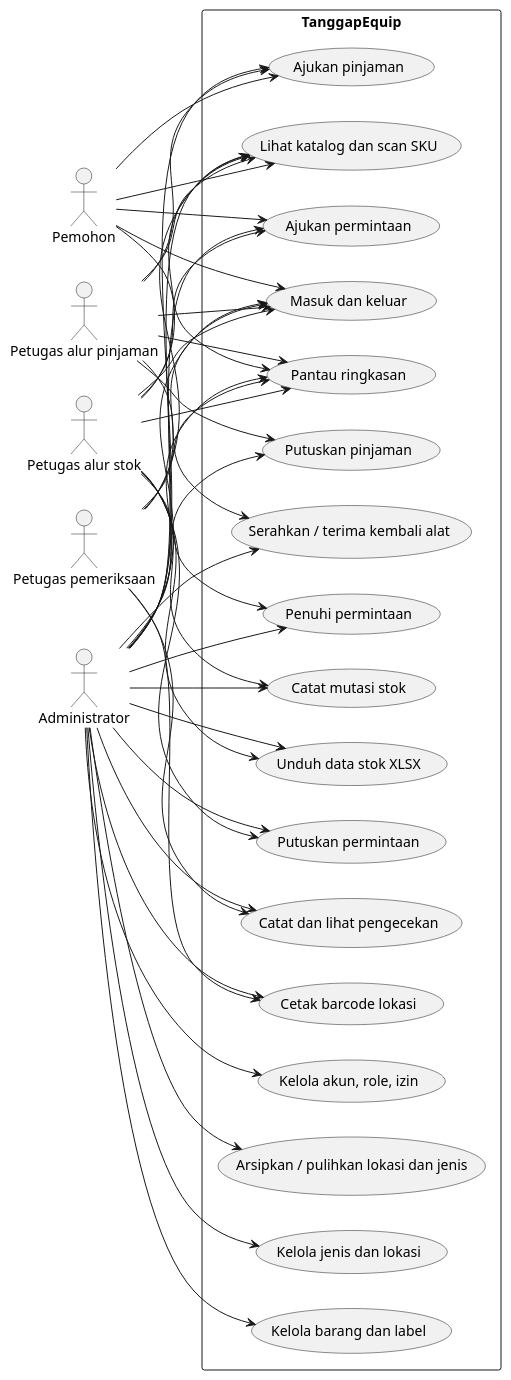
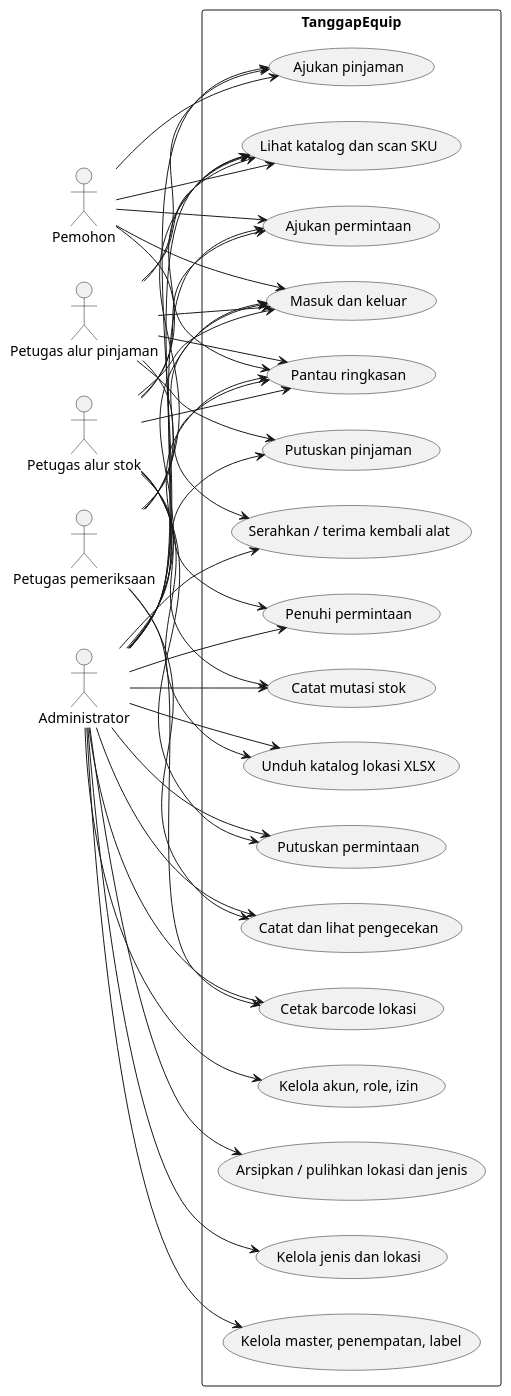
The diagram in docs/uml/USE_CASE.puml (fandychan99/inventory_max), drawn with PlantUML before and after one commit. The commit also changed 37 other files, not shown here.

```diff
--- a/docs/uml/USE_CASE.puml
+++ b/docs/uml/USE_CASE.puml
@@ -1,76 +1,76 @@
 @startuml
 left to right direction
 skinparam packageStyle rectangle
 
 actor "Pemohon" as Pemohon
 actor "Petugas alur pinjaman" as PetugasPinjam
 actor "Petugas alur stok" as PetugasStok
 actor "Petugas pemeriksaan" as PetugasCek
 actor "Administrator" as Admin
 
 rectangle "TanggapEquip" {
   usecase "Masuk dan keluar" as UC01
   usecase "Pantau ringkasan" as UC02
   usecase "Lihat katalog dan scan SKU" as UC12
   usecase "Ajukan pinjaman" as UC05
   usecase "Putuskan pinjaman" as UC06
   usecase "Serahkan / terima kembali alat" as UC07
   usecase "Ajukan permintaan" as UC08
   usecase "Putuskan permintaan" as UC09
   usecase "Penuhi permintaan" as UC10
   usecase "Catat mutasi stok" as UC11
   usecase "Kelola jenis dan lokasi" as UC03
-  usecase "Kelola barang dan label" as UC04
+  usecase "Kelola master, penempatan, label" as UC04
   usecase "Kelola akun, role, izin" as UC13
   usecase "Catat dan lihat pengecekan" as UC14
   usecase "Cetak barcode lokasi" as UC15
-  usecase "Unduh data stok XLSX" as UC16
+  usecase "Unduh katalog lokasi XLSX" as UC16
   usecase "Arsipkan / pulihkan lokasi dan jenis" as UC17
 }
 
 Pemohon --> UC01
 Pemohon --> UC02
 Pemohon --> UC12
 Pemohon --> UC05
 Pemohon --> UC08
 
 PetugasPinjam --> UC01
 PetugasPinjam --> UC02
 PetugasPinjam --> UC12
 PetugasPinjam --> UC05
 PetugasPinjam --> UC06
 PetugasPinjam --> UC07
 
 PetugasStok --> UC01
 PetugasStok --> UC02
 PetugasStok --> UC12
 PetugasStok --> UC08
 PetugasStok --> UC09
 PetugasStok --> UC10
 PetugasStok --> UC11
 PetugasStok --> UC16
 
 PetugasCek --> UC01
 PetugasCek --> UC02
 PetugasCek --> UC12
 PetugasCek --> UC14
 PetugasCek --> UC15
 
 Admin --> UC01
 Admin --> UC02
 Admin --> UC12
 Admin --> UC03
 Admin --> UC04
 Admin --> UC05
 Admin --> UC06
 Admin --> UC07
 Admin --> UC08
 Admin --> UC09
 Admin --> UC10
 Admin --> UC11
 Admin --> UC13
 Admin --> UC14
 Admin --> UC15
 Admin --> UC16
 Admin --> UC17
 @enduml
```
